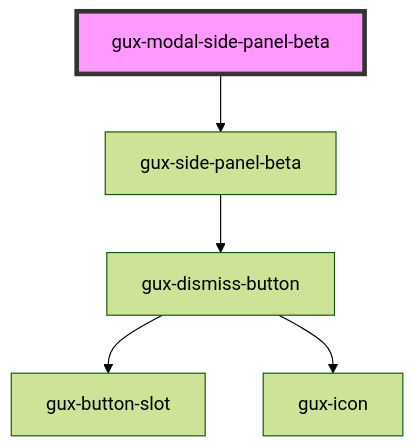
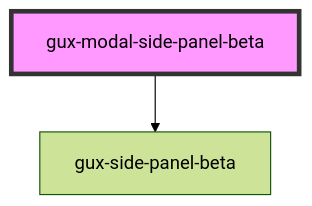
The diagram in packages/genesys-spark-components/src/components/beta/gux-side-panel/components/gux-modal-side-panel/readme.md (MyPureCloud/genesys-spark), drawn with Mermaid (forest theme) before and after one commit. The commit also changed 7 other files, not shown here.

First line of the commit message:
chore(side-panel-beta): Fixed dismiss button styling for expandable state

````diff
--- a/packages/genesys-spark-components/src/components/beta/gux-side-panel/components/gux-modal-side-panel/readme.md
+++ b/packages/genesys-spark-components/src/components/beta/gux-side-panel/components/gux-modal-side-panel/readme.md
@@ -63,8 +63,5 @@
 ```mermaid
 graph TD;
   gux-modal-side-panel-beta --> gux-side-panel-beta
-  gux-side-panel-beta --> gux-dismiss-button
-  gux-dismiss-button --> gux-button-slot
-  gux-dismiss-button --> gux-icon
   style gux-modal-side-panel-beta fill:#f9f,stroke:#333,stroke-width:4px
 ```
````
